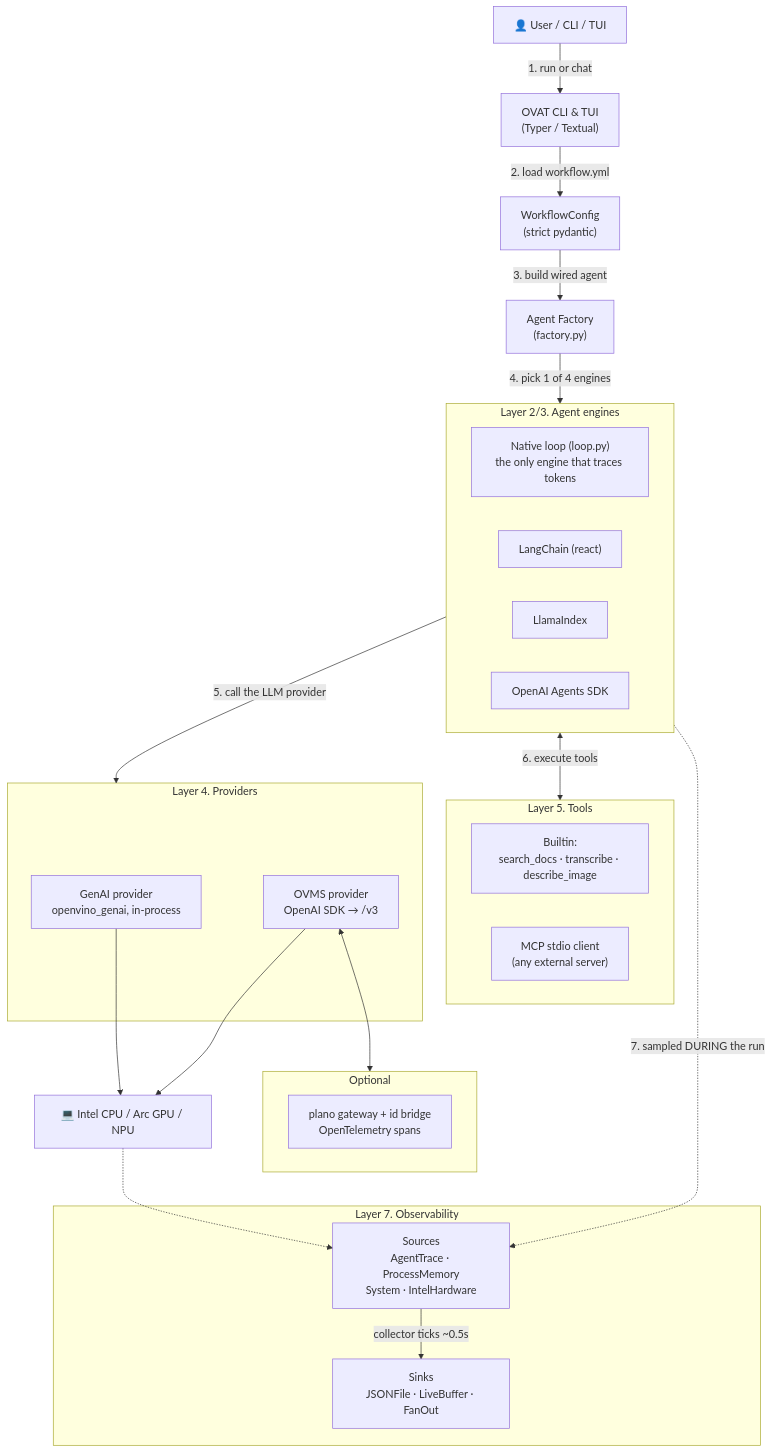
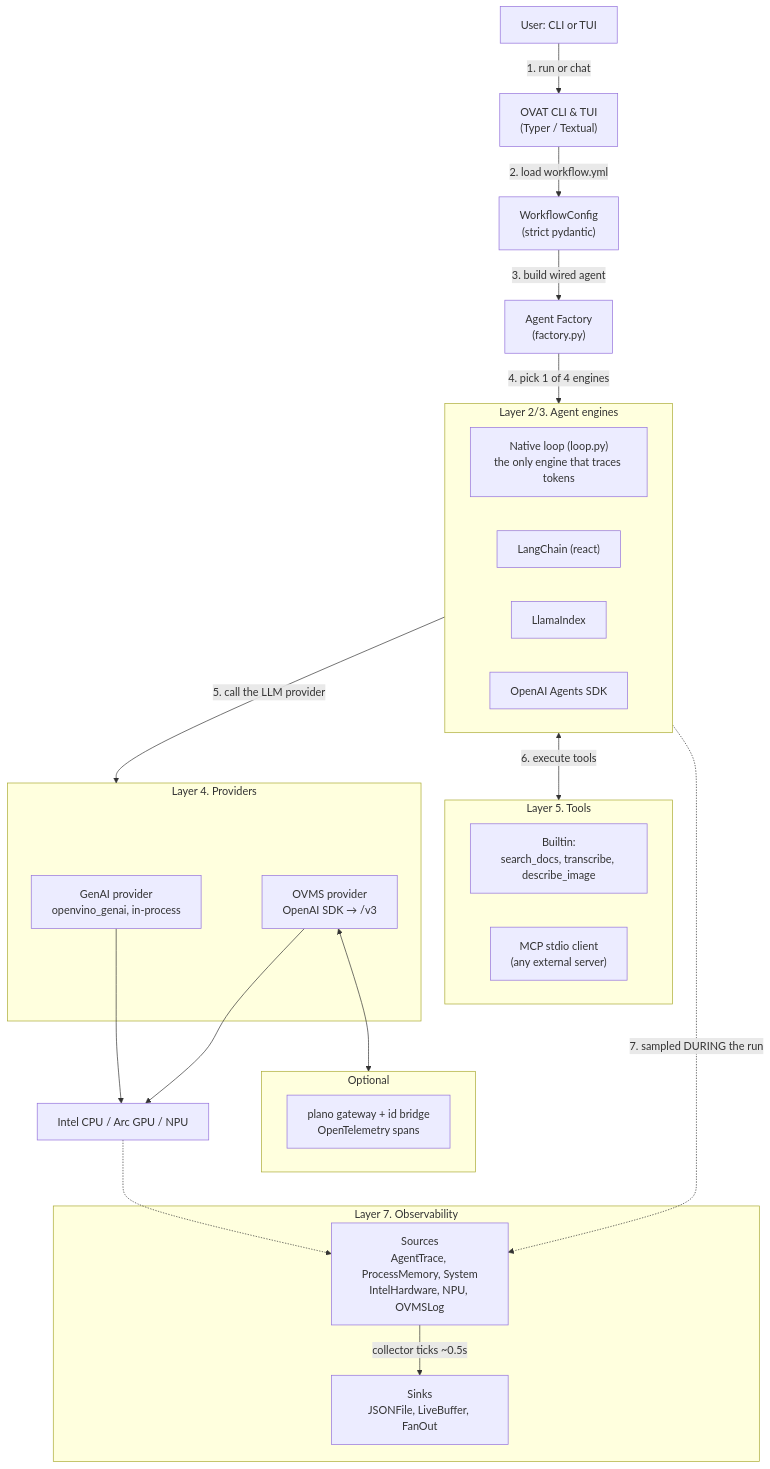
One commit to Lagmator22/ovat changed the first of 11 diagrams in docs/ARCHITECTURE.md. Above: the diagram before and after it, drawn with Mermaid. The commit also changed other lines of this file, not shown here.

First line of the commit message:
docs(architecture): diagrams, the docs site, and what changed since 1.0

````diff
--- a/docs/ARCHITECTURE.md
+++ b/docs/ARCHITECTURE.md
@@ -65,44 +87,44 @@
 ```mermaid
 flowchart TD
-    User["👤 User / CLI / TUI"] -->|"1. run or chat"| CLI["OVAT CLI & TUI<br/>(Typer / Textual)"]
+    User["User: CLI or TUI"] -->|"1. run or chat"| CLI["OVAT CLI & TUI<br/>(Typer / Textual)"]
     CLI -->|"2. load workflow.yml"| Config["WorkflowConfig<br/>(strict pydantic)"]
     Config -->|"3. build wired agent"| Factory["Agent Factory<br/>(factory.py)"]
     Factory -->|"4. pick 1 of 4 engines"| Engines
 
     subgraph Engines ["Layer 2/3. Agent engines"]
         Native["Native loop (loop.py)<br/>the only engine that traces tokens"]
         LangChain["LangChain (react)"]
         LlamaIndex["LlamaIndex"]
         OpenAIAgents["OpenAI Agents SDK"]
     end
 
     Engines -->|"5. call the LLM provider"| Providers
     Engines <-->|"6. execute tools"| Tools
 
     subgraph Providers ["Layer 4. Providers"]
         GenAI["GenAI provider<br/>openvino_genai, in-process"]
         OVMS["OVMS provider<br/>OpenAI SDK → /v3"]
     end
 
     subgraph Tools ["Layer 5. Tools"]
-        Builtin["Builtin:<br/>search_docs · transcribe · describe_image"]
+        Builtin["Builtin:<br/>search_docs, transcribe, describe_image"]
         MCP["MCP stdio client<br/>(any external server)"]
     end
 
     subgraph Gateway ["Optional"]
         Plano["plano gateway + id bridge<br/>OpenTelemetry spans"]
     end
 
     OVMS <--> Gateway
-    GenAI --> Hardware["💻 Intel CPU / Arc GPU / NPU"]
+    GenAI --> Hardware["Intel CPU / Arc GPU / NPU"]
     OVMS --> Hardware
 
     subgraph Telemetry ["Layer 7. Observability"]
-        Sources["Sources<br/>AgentTrace · ProcessMemory<br/>System · IntelHardware"]
-        Sinks["Sinks<br/>JSONFile · LiveBuffer · FanOut"]
+        Sources["Sources<br/>AgentTrace, ProcessMemory, System<br/>IntelHardware, NPU, OVMSLog"]
+        Sinks["Sinks<br/>JSONFile, LiveBuffer, FanOut"]
         Sources -->|"collector ticks ~0.5s"| Sinks
     end
 
     Engines -.->|"7. sampled DURING the run"| Sources
     Hardware -.-> Sources
 ```
````
